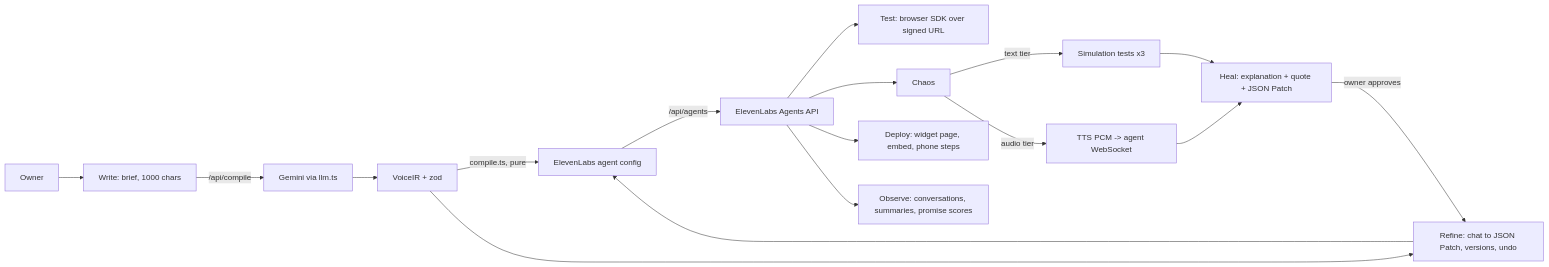
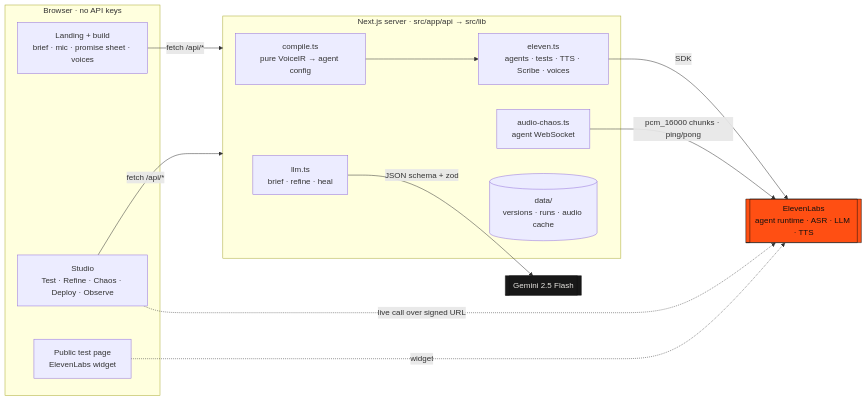
Before and after one commit to Ansh-Goyal01/Vani-Forge: the second of 2 diagrams in README.md, drawn with Mermaid. The commit also changed other lines of this file and 11 other files, not shown here.

First line of the commit message:
docs: rework README with banner, product tour and diagrams

````diff
--- a/README.md
+++ b/README.md
@@ -43,19 +109,27 @@
 ```mermaid
 flowchart LR
-  Owner --> Write[Write: brief, 1000 chars]
-  Write -->|/api/compile| Gemini[Gemini via llm.ts]
-  Gemini --> IR[VoiceIR + zod]
-  IR -->|compile.ts, pure| Cfg[ElevenLabs agent config]
-  Cfg -->|/api/agents| EL[ElevenLabs Agents API]
-  EL --> Test[Test: browser SDK over signed URL]
-  IR --> Refine[Refine: chat to JSON Patch, versions, undo]
-  Refine --> Cfg
-  EL --> Chaos
-  Chaos -->|text tier| Sim[Simulation tests x3]
-  Chaos -->|audio tier| WS[TTS PCM -> agent WebSocket]
-  Sim --> Heal
-  WS --> Heal
-  Heal[Heal: explanation + quote + JSON Patch] -->|owner approves| Refine
-  EL --> Deploy[Deploy: widget page, embed, phone steps]
-  EL --> Observe[Observe: conversations, summaries, promise scores]
+    subgraph Browser["Browser · no API keys"]
+        W[Landing + build<br/>brief · mic · promise sheet · voices]
+        S[Studio<br/>Test · Refine · Chaos · Deploy · Observe]
+        P[Public test page<br/>ElevenLabs widget]
+    end
+    subgraph Server["Next.js server · src/app/api → src/lib"]
+        C[compile.ts<br/>pure VoiceIR → agent config]
+        L[llm.ts<br/>brief · refine · heal]
+        E[eleven.ts<br/>agents · tests · TTS · Scribe · voices]
+        A[audio-chaos.ts<br/>agent WebSocket]
+        D[(data/<br/>versions · runs · audio cache)]
+    end
+    G[[Gemini 2.5 Flash]]
+    EL[[ElevenLabs<br/>agent runtime · ASR · LLM · TTS]]
+    W & S -->|fetch /api/*| Server
+    L -->|JSON schema + zod| G
+    C --> E
+    E -->|SDK| EL
+    A -->|pcm_16000 chunks · ping/pong| EL
+    S -. live call over signed URL .-> EL
+    P -. widget .-> EL
+    classDef el fill:#FF4F13,stroke:#111,color:#111;
+    classDef g fill:#181818,stroke:#111,color:#E7E5E0;
+    class EL el; class G g;
 ```
````
